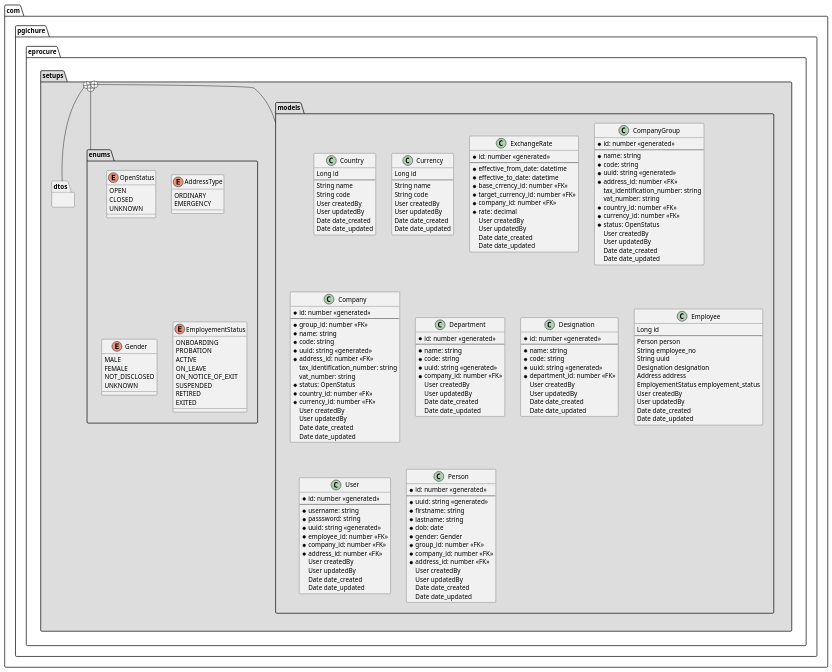
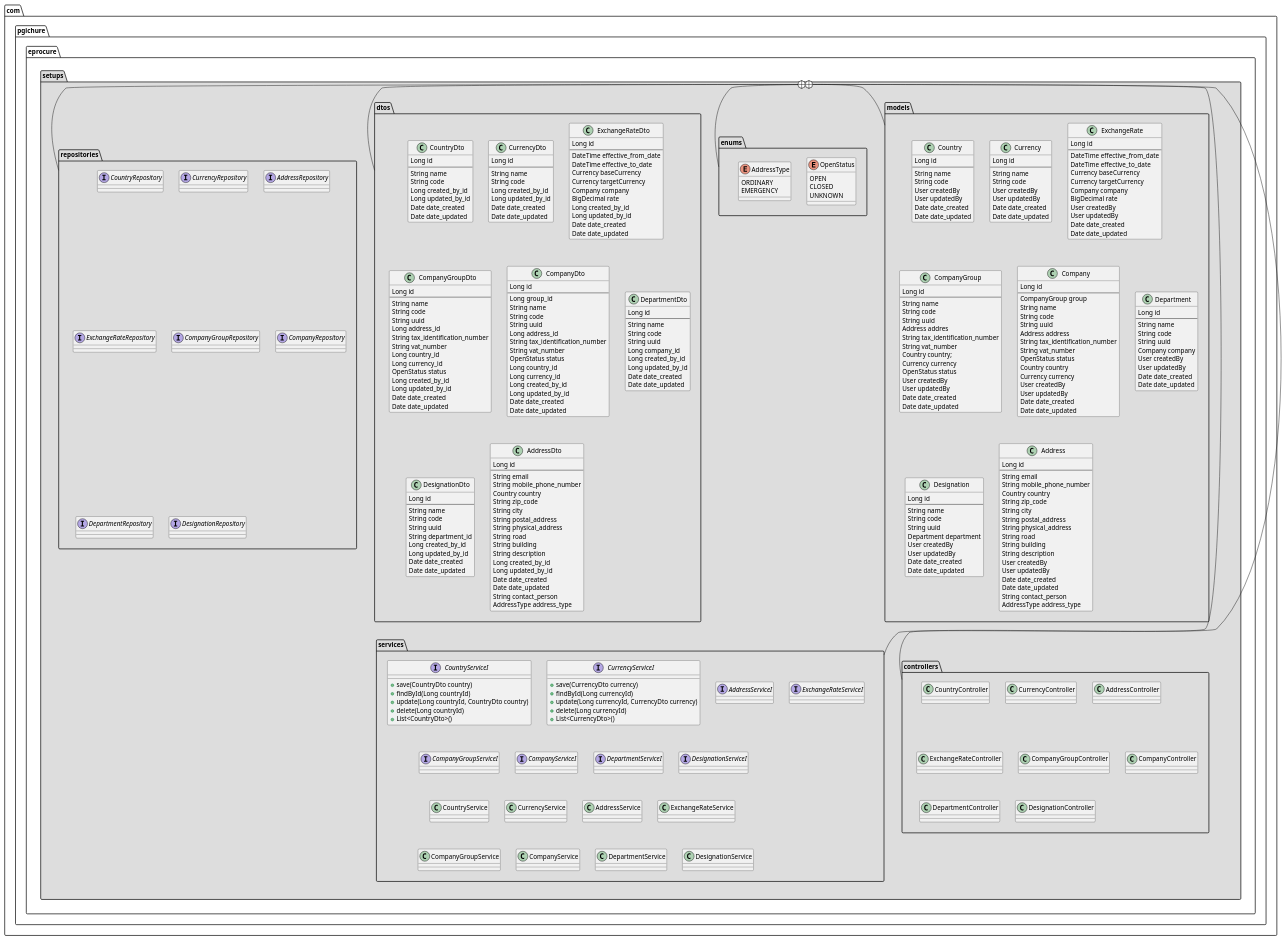
Before and after one commit to Gichure/e-procure: the diagram in documents/setups-service/class-diagram.plantuml, drawn with PlantUML.

```diff
--- a/documents/setups-service/class-diagram.plantuml
+++ b/documents/setups-service/class-diagram.plantuml
@@ -1,8 +1,8 @@
 @startuml
 package "com.pgichure.eprocure.setups" #DDDDDD {
 
-  package com.pgichure.eprocure.setups.models{
-   class Country
+package com.pgichure.eprocure.setups.models{
+class Country
 {
 Long id
 --
@@ -28,14 +28,14 @@
 
 class ExchangeRate
 {
-* id: number <<generated>>
+Long id
 --
-* effective_from_date: datetime
-* effective_to_date: datetime
-* base_crrency_id: number <<FK>>
-* target_currency_id: number <<FK>>
-* company_id: number <<FK>>
-* rate: decimal
+DateTime effective_from_date
+DateTime effective_to_date
+Currency baseCurrency
+Currency targetCurrency
+Company company
+BigDecimal rate
 User createdBy
 User updatedBy
 Date date_created
@@ -44,17 +44,17 @@
 
 class CompanyGroup
 {
-* id: number <<generated>>
+Long id
 --
-* name: string
-* code: string
-* uuid: string <<generated>>
-* address_id: number <<FK>>
-  tax_identification_number: string
-  vat_number: string
-* country_id: number <<FK>>
-* currency_id: number <<FK>>
-* status: OpenStatus
+String name
+String code
+String uuid
+Address addres
+String tax_identification_number
+String vat_number
+Country country;
+Currency currency
+OpenStatus status
 User createdBy
 User updatedBy
 Date date_created
@@ -63,18 +63,18 @@
 
 class Company
 {
-* id: number <<generated>>
+Long id
 --
-* group_id: number <<FK>>
-* name: string
-* code: string
-* uuid: string <<generated>>
-* address_id: number <<FK>>
-  tax_identification_number: string
-  vat_number: string
-* status: OpenStatus
-* country_id: number <<FK>>
-* currency_id: number <<FK>>
+CompanyGroup group
+String name
+String code
+String uuid
+Address address
+String tax_identification_number
+String vat_number
+OpenStatus status
+Country country
+Currency currency
 User createdBy
 User updatedBy
 Date date_created
@@ -83,12 +83,12 @@
 
 class Department
 {
-* id: number <<generated>>
+Long id
 --
-* name: string
-* code: string
-* uuid: string <<generated>>
-* company_id: number <<FK>>
+String name
+String code
+String uuid
+Company company
 User createdBy
 User updatedBy
 Date date_created
@@ -97,70 +97,44 @@
 
 class Designation
 {
-* id: number <<generated>>
+Long id
 --
-* name: string
-* code: string
-* uuid: string <<generated>>
-* department_id: number <<FK>>
+String name
+String code
+String uuid
+Department department
 User createdBy
 User updatedBy
 Date date_created
 Date date_updated
 }
 
-class Employee
+class Address
 {
 Long id
 --
-Person person
-String employee_no
-String uuid
-Designation designation
-Address address
-EmployementStatus employement_status 
+String email
+String mobile_phone_number
+Country country
+String zip_code
+String city
+String postal_address
+String physical_address
+String road
+String building
+String description
 User createdBy
 User updatedBy
 Date date_created
 Date date_updated
+String contact_person
+AddressType address_type
 }
 
-class User
-{
-* id: number <<generated>>
---
-* username: string
-* passsword: string
-* uuid: string <<generated>>
-* employee_id: number <<FK>>
-* company_id: number <<FK>>
-* address_id: number <<FK>>
-User createdBy
-User updatedBy
-Date date_created
-Date date_updated
-}
 
-class Person
-{
-* id: number <<generated>>
---
-* uuid: string <<generated>>
-* firstname: string
-* lastname: string
-* dob: date
-* gender: Gender
-* group_id: number <<FK>>
-* company_id: number <<FK>>
-* address_id: number <<FK>>
-User createdBy
-User updatedBy
-Date date_created
-Date date_updated
-}
   }
 
-   package com.pgichure.eprocure.setups.enums{
+package com.pgichure.eprocure.setups.enums{
 
 enum OpenStatus
 {
@@ -175,33 +149,246 @@
 EMERGENCY
 }
 
-enum  Gender
-{
-MALE
-FEMALE
-NOT_DISCLOSED
-UNKNOWN
 }
 
-enum  EmployementStatus{
-ONBOARDING
-PROBATION
-ACTIVE
-ON_LEAVE
-ON_NOTICE_OF_EXIT
-SUSPENDED
-RETIRED
-EXITED
+package com.pgichure.eprocure.setups.dtos{
+  class CountryDto
+{
+Long id
+--
+String name
+String code
+Long created_by_id
+Long updated_by_id
+Date date_created
+Date date_updated
+}
+
+class CurrencyDto
+{
+Long id
+--
+String name
+String code
+Long created_by_id
+Long updated_by_id
+Date date_created
+Date date_updated
+}
+
+class ExchangeRateDto
+{
+Long id
+--
+DateTime effective_from_date
+DateTime effective_to_date
+Currency baseCurrency
+Currency targetCurrency
+Company company
+BigDecimal rate
+Long created_by_id
+Long updated_by_id
+Date date_created
+Date date_updated
+}
+
+class CompanyGroupDto
+{
+Long id
+--
+String name
+String code
+String uuid
+Long address_id
+String tax_identification_number
+String vat_number
+Long country_id
+Long currency_id
+OpenStatus status
+Long created_by_id
+Long updated_by_id
+Date date_created
+Date date_updated
+}
+
+class CompanyDto
+{
+Long id
+--
+Long group_id
+String name
+String code
+String uuid
+Long address_id
+String tax_identification_number
+String vat_number
+OpenStatus status
+Long country_id
+Long currency_id
+Long created_by_id
+Long updated_by_id
+Date date_created
+Date date_updated
+}
+
+class DepartmentDto
+{
+Long id
+--
+String name
+String code
+String uuid
+Long company_id
+Long created_by_id
+Long updated_by_id
+Date date_created
+Date date_updated
+}
+
+class DesignationDto
+{
+Long id
+--
+String name
+String code
+String uuid
+String department_id
+Long created_by_id
+Long updated_by_id
+Date date_created
+Date date_updated
+}
+
+class AddressDto
+{
+Long id
+--
+String email
+String mobile_phone_number
+Country country
+String zip_code
+String city
+String postal_address
+String physical_address
+String road
+String building
+String description
+Long created_by_id
+Long updated_by_id
+Date date_created
+Date date_updated
+String contact_person
+AddressType address_type
 }
 
   }
 
-  package com.pgichure.eprocure.setups.dtos{
-  
+ package com.pgichure.eprocure.setups.repositories{
+ interface CountryRepository{
   }
+interface CurrencyRepository{
+  }
+
+interface AddressRepository{
+  }
+interface ExchangeRateRepository{
+  }
+interface CompanyGroupRepository{
+  }
+
+interface CompanyRepository{
+  }
+
+interface DepartmentRepository{
+  }
+
+interface DesignationRepository{
+  }
+ }
+
+ package com.pgichure.eprocure.setups.services{
+interface CountryServiceI{
++save(CountryDto country)
++findById(Long countryId)
++update(Long countryId, CountryDto country)
++delete(Long countryId)
++List<CountryDto>()
+  }
+interface CurrencyServiceI{
++save(CurrencyDto currency)
++findById(Long currencyId)
++update(Long currencyId, CurrencyDto currency)
++delete(Long currencyId)
++List<CurrencyDto>()
+  }
+
+interface AddressServiceI{
+  }
+interface ExchangeRateServiceI{
+  }
+interface CompanyGroupServiceI{
+  }
+
+interface CompanyServiceI{
+  }
+
+interface DepartmentServiceI{
+  }
+
+interface DesignationServiceI{
+  }
+
+class CountryService{
+  }
+class CurrencyService{
+  }
+
+class AddressService{
+  }
+class ExchangeRateService{
+  }
+class CompanyGroupService{
+  }
+
+class CompanyService{
+  }
+
+class DepartmentService{
+  }
+
+class DesignationService{
+  }
+
+ }
+
+package com.pgichure.eprocure.setups.controllers{
+class CountryController{
+  }
+class CurrencyController{
+  }
+
+class AddressController{
+  }
+class ExchangeRateController{
+  }
+class CompanyGroupController{
+  }
+
+class CompanyController{
+  }
+
+class DepartmentController{
+  }
+
+class DesignationController{
+  }
+
+ }
 }
 com.pgichure.eprocure.setups +-- com.pgichure.eprocure.setups.dtos
 com.pgichure.eprocure.setups +-- com.pgichure.eprocure.setups.enums
 com.pgichure.eprocure.setups +-- com.pgichure.eprocure.setups.models
-
+com.pgichure.eprocure.setups +-- com.pgichure.eprocure.setups.repositories
+com.pgichure.eprocure.setups +-- com.pgichure.eprocure.setups.services
+com.pgichure.eprocure.setups +-- com.pgichure.eprocure.setups.controllers
 @enduml
```
